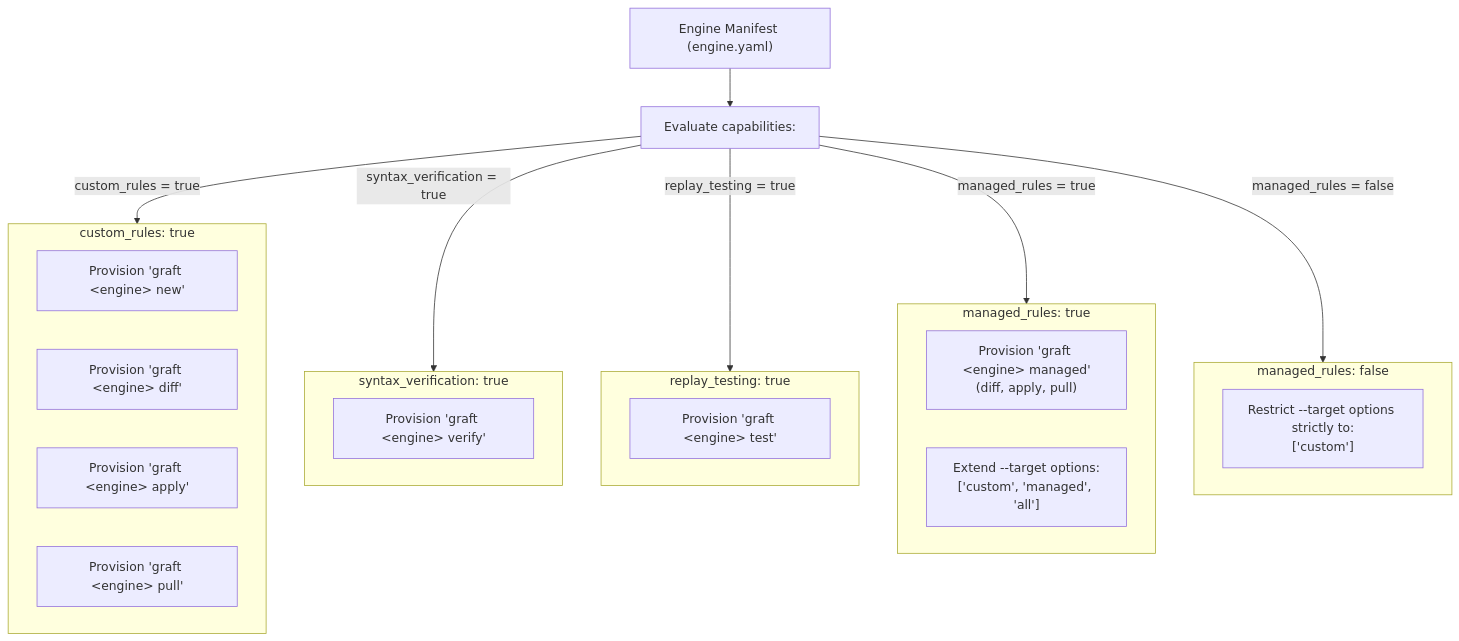
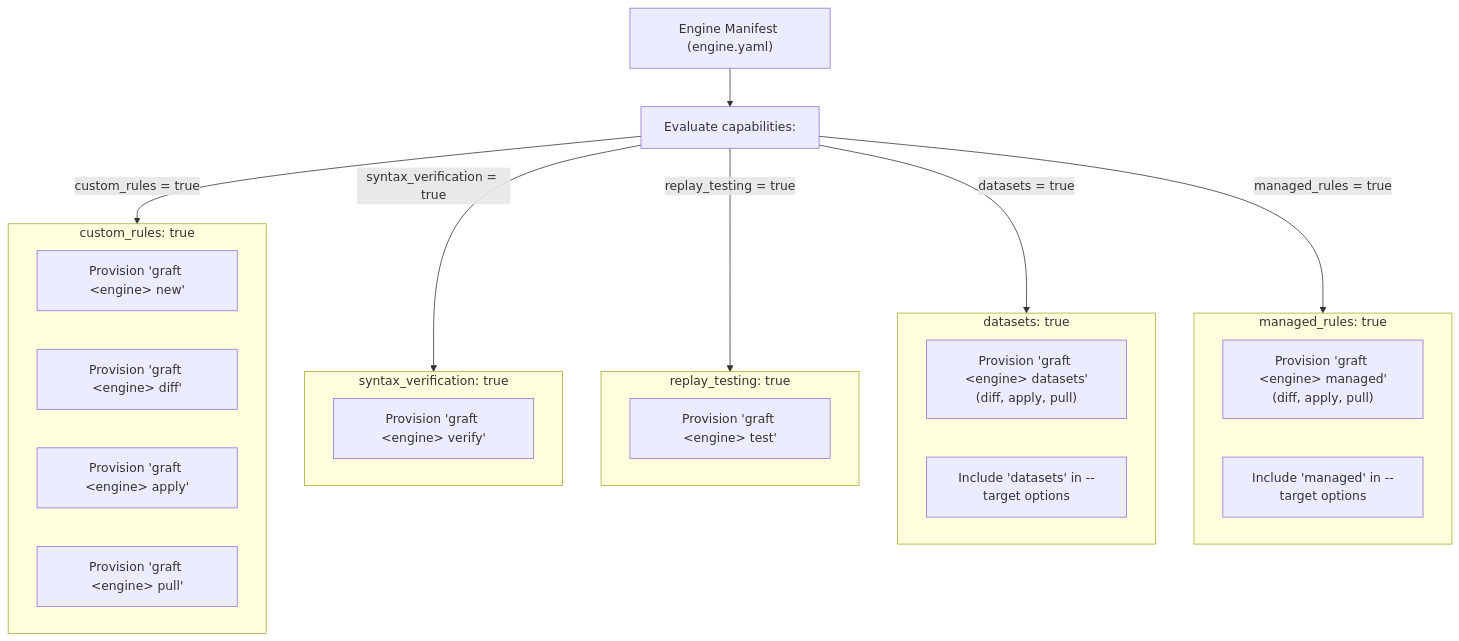
One commit to lopes/graft changed the third of 3 diagrams in docs/developers/framework.md. Above: the diagram before and after it, drawn with Mermaid. The commit also changed other lines of this file and 48 other files, not shown here.

````diff
--- a/docs/developers/framework.md
+++ b/docs/developers/framework.md
@@ -314,37 +342,38 @@
 ```mermaid
 flowchart TD
     MANIFEST["Engine Manifest (engine.yaml)"]
     CAPS["Evaluate capabilities:"]
 
     MANIFEST --> CAPS
 
     subgraph CustomBranch["custom_rules: true"]
         C_NEW["Provision 'graft &lt;engine&gt; new'"]
         C_DIFF["Provision 'graft &lt;engine&gt; diff'"]
         C_APPLY["Provision 'graft &lt;engine&gt; apply'"]
         C_PULL["Provision 'graft &lt;engine&gt; pull'"]
     end
 
     subgraph SyntaxBranch["syntax_verification: true"]
         S_VERIFY["Provision 'graft &lt;engine&gt; verify'"]
     end
 
     subgraph ReplayBranch["replay_testing: true"]
         R_TEST["Provision 'graft &lt;engine&gt; test'"]
     end
 
+    subgraph DatasetsBranch["datasets: true"]
+        D_CMD["Provision 'graft &lt;engine&gt; datasets'<br/>(diff, apply, pull)"]
+        D_TARGET["Include 'datasets' in --target options"]
+    end
+
     subgraph ManagedBranch["managed_rules: true"]
         M_CMD["Provision 'graft &lt;engine&gt; managed'<br/>(diff, apply, pull)"]
-        M_TARGET["Extend --target options:<br/>['custom', 'managed', 'all']"]
-    end
-
-    subgraph ManagedDisabled["managed_rules: false"]
-        M_RESTRICT["Restrict --target options strictly to:<br/>['custom']"]
+        M_TARGET["Include 'managed' in --target options"]
     end
 
     CAPS -- "custom_rules = true" --> CustomBranch
     CAPS -- "syntax_verification = true" --> SyntaxBranch
     CAPS -- "replay_testing = true" --> ReplayBranch
+    CAPS -- "datasets = true" --> DatasetsBranch
     CAPS -- "managed_rules = true" --> ManagedBranch
-    CAPS -- "managed_rules = false" --> ManagedDisabled
 ```
````
